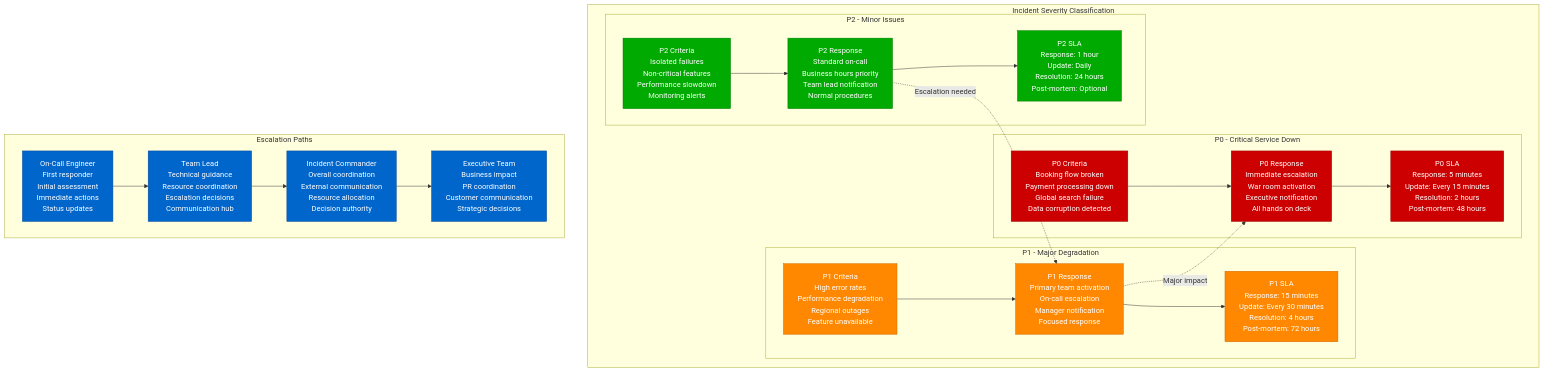
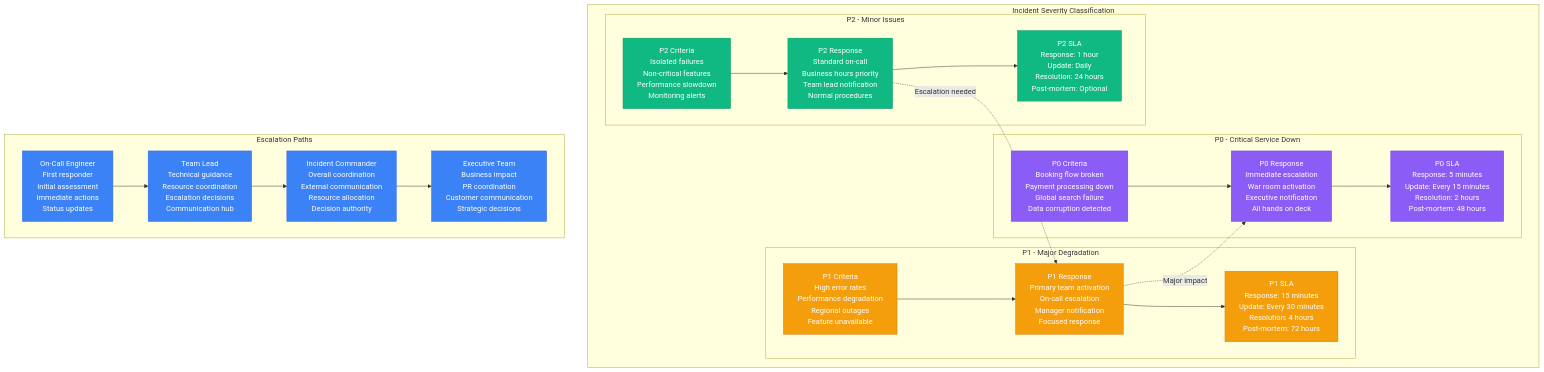
Before and after one commit to deepaucksharma/DS: the fifth of 5 diagrams in site/docs/systems/airbnb/failure-domains.md, drawn with Mermaid. The commit also changed other lines of this file and 303 other files, not shown here.

````diff
--- a/site/docs/systems/airbnb/failure-domains.md
+++ b/site/docs/systems/airbnb/failure-domains.md
@@ -279,64 +279,64 @@
 ```mermaid
 graph TB
     subgraph IncidentSeverity[Incident Severity Classification]
         subgraph P0Incidents[P0 - Critical Service Down]
             P0Criteria[P0 Criteria<br/>Booking flow broken<br/>Payment processing down<br/>Global search failure<br/>Data corruption detected]
 
             P0Response[P0 Response<br/>Immediate escalation<br/>War room activation<br/>Executive notification<br/>All hands on deck]
 
             P0SLA[P0 SLA<br/>Response: 5 minutes<br/>Update: Every 15 minutes<br/>Resolution: 2 hours<br/>Post-mortem: 48 hours]
         end
 
         subgraph P1Incidents[P1 - Major Degradation]
             P1Criteria[P1 Criteria<br/>High error rates<br/>Performance degradation<br/>Regional outages<br/>Feature unavailable]
 
             P1Response[P1 Response<br/>Primary team activation<br/>On-call escalation<br/>Manager notification<br/>Focused response]
 
             P1SLA[P1 SLA<br/>Response: 15 minutes<br/>Update: Every 30 minutes<br/>Resolution: 4 hours<br/>Post-mortem: 72 hours]
         end
 
         subgraph P2Incidents[P2 - Minor Issues]
             P2Criteria[P2 Criteria<br/>Isolated failures<br/>Non-critical features<br/>Performance slowdown<br/>Monitoring alerts]
 
             P2Response[P2 Response<br/>Standard on-call<br/>Business hours priority<br/>Team lead notification<br/>Normal procedures]
 
             P2SLA[P2 SLA<br/>Response: 1 hour<br/>Update: Daily<br/>Resolution: 24 hours<br/>Post-mortem: Optional]
         end
     end
 
     subgraph EscalationPaths[Escalation Paths]
         OnCallEngineer[On-Call Engineer<br/>First responder<br/>Initial assessment<br/>Immediate actions<br/>Status updates]
 
         TeamLead[Team Lead<br/>Technical guidance<br/>Resource coordination<br/>Escalation decisions<br/>Communication hub]
 
         IncidentCommander[Incident Commander<br/>Overall coordination<br/>External communication<br/>Resource allocation<br/>Decision authority]
 
         ExecutiveTeam[Executive Team<br/>Business impact<br/>PR coordination<br/>Customer communication<br/>Strategic decisions]
     end
 
     P0Criteria --> P0Response
     P0Response --> P0SLA
     P1Criteria --> P1Response
     P1Response --> P1SLA
     P2Criteria --> P2Response
     P2Response --> P2SLA
 
     %% Escalation flow
     OnCallEngineer --> TeamLead
     TeamLead --> IncidentCommander
     IncidentCommander --> ExecutiveTeam
 
     %% Cross-severity escalation
     P2Response -.->|Escalation needed| P1Response
     P1Response -.->|Major impact| P0Response
 
-    classDef p0Style fill:#CC0000,stroke:#990000,color:#fff
-    classDef p1Style fill:#FF8800,stroke:#CC6600,color:#fff
-    classDef p2Style fill:#00AA00,stroke:#007700,color:#fff
-    classDef escalationStyle fill:#0066CC,stroke:#004499,color:#fff
+    classDef p0Style fill:#8B5CF6,stroke:#7C3AED,color:#fff
+    classDef p1Style fill:#F59E0B,stroke:#D97706,color:#fff
+    classDef p2Style fill:#10B981,stroke:#059669,color:#fff
+    classDef escalationStyle fill:#3B82F6,stroke:#2563EB,color:#fff
 
     class P0Criteria,P0Response,P0SLA p0Style
     class P1Criteria,P1Response,P1SLA p1Style
     class P2Criteria,P2Response,P2SLA p2Style
     class OnCallEngineer,TeamLead,IncidentCommander,ExecutiveTeam escalationStyle
 ```
````
